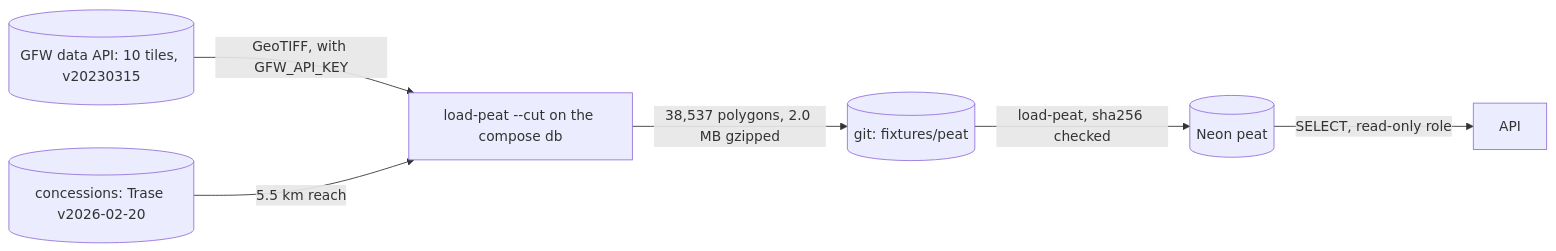
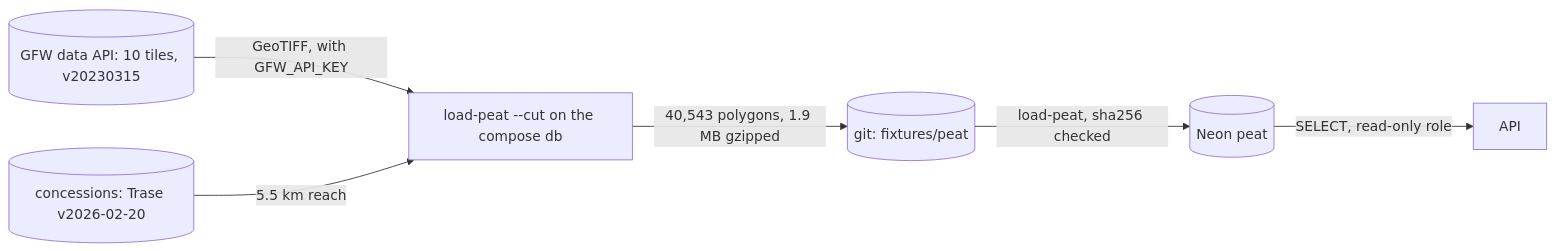
Before and after one commit to dzaffren/fire-watch: the fifth of 6 diagrams in docs/specs/damage-estimate.md, drawn with Mermaid. The commit also changed other lines of this file, not shown here.

````diff
--- a/docs/specs/damage-estimate.md
+++ b/docs/specs/damage-estimate.md
@@ -283,8 +283,8 @@
 ```mermaid
 flowchart LR
     G[("GFW data API: 10 tiles, v20230315")] -- "GeoTIFF, with GFW_API_KEY" --> C["load-peat --cut on the compose db"]
     T[("concessions: Trase v2026-02-20")] -- "5.5 km reach" --> C
-    C -- "38,537 polygons, 2.0 MB gzipped" --> R[("git: fixtures/peat")]
+    C -- "40,543 polygons, 1.9 MB gzipped" --> R[("git: fixtures/peat")]
     R -- "load-peat, sha256 checked" --> N[(Neon peat)]
     N -- "SELECT, read-only role" --> API[API]
 ```
````
